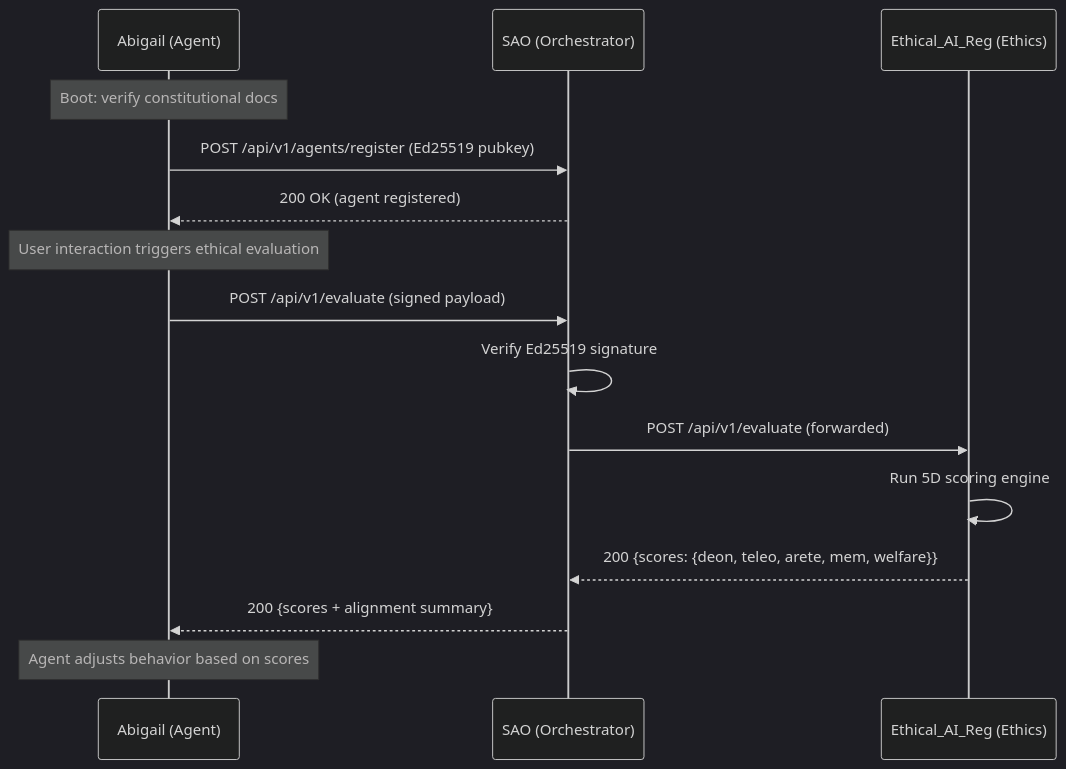
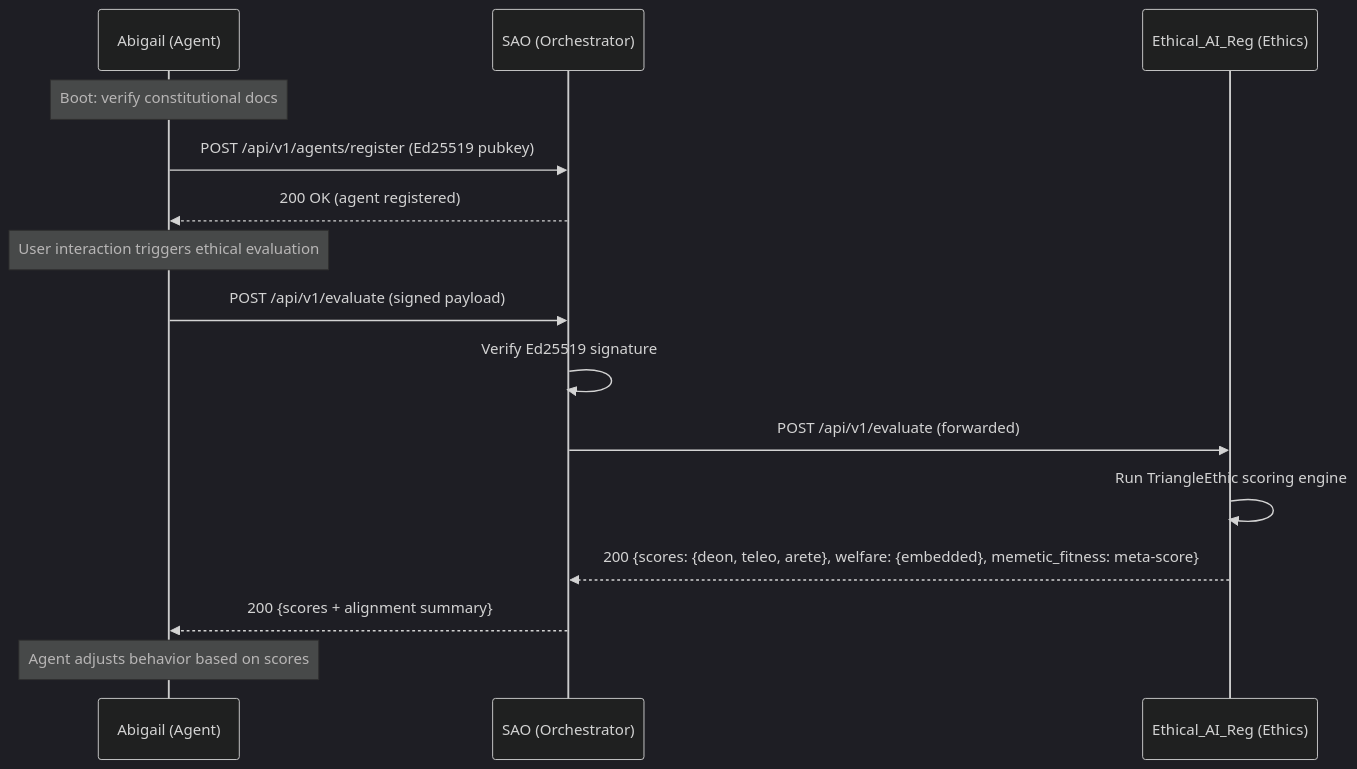
One commit to jbcupps/Phoenix changed the second of 2 diagrams in docs/ARCHITECTURE.md. Above: the diagram before and after it, drawn with Mermaid (dark theme). The commit also changed other lines of this file and 9 other files, not shown here.

First line of the commit message:
docs: refactor ethical framework to TriangleEthic model

````diff
--- a/docs/ARCHITECTURE.md
+++ b/docs/ARCHITECTURE.md
@@ -156,20 +156,20 @@
 ```mermaid
 sequenceDiagram
     participant A as Abigail (Agent)
     participant S as SAO (Orchestrator)
     participant E as Ethical_AI_Reg (Ethics)
 
     Note over A: Boot: verify constitutional docs
     A->>S: POST /api/v1/agents/register (Ed25519 pubkey)
     S-->>A: 200 OK (agent registered)
 
     Note over A: User interaction triggers ethical evaluation
     A->>S: POST /api/v1/evaluate (signed payload)
     S->>S: Verify Ed25519 signature
     S->>E: POST /api/v1/evaluate (forwarded)
-    E->>E: Run 5D scoring engine
-    E-->>S: 200 {scores: {deon, teleo, arete, mem, welfare}}
+    E->>E: Run TriangleEthic scoring engine
+    E-->>S: 200 {scores: {deon, teleo, arete}, welfare: {embedded}, memetic_fitness: meta-score}
     S-->>A: 200 {scores + alignment summary}
 
     Note over A: Agent adjusts behavior based on scores
 ```
````
